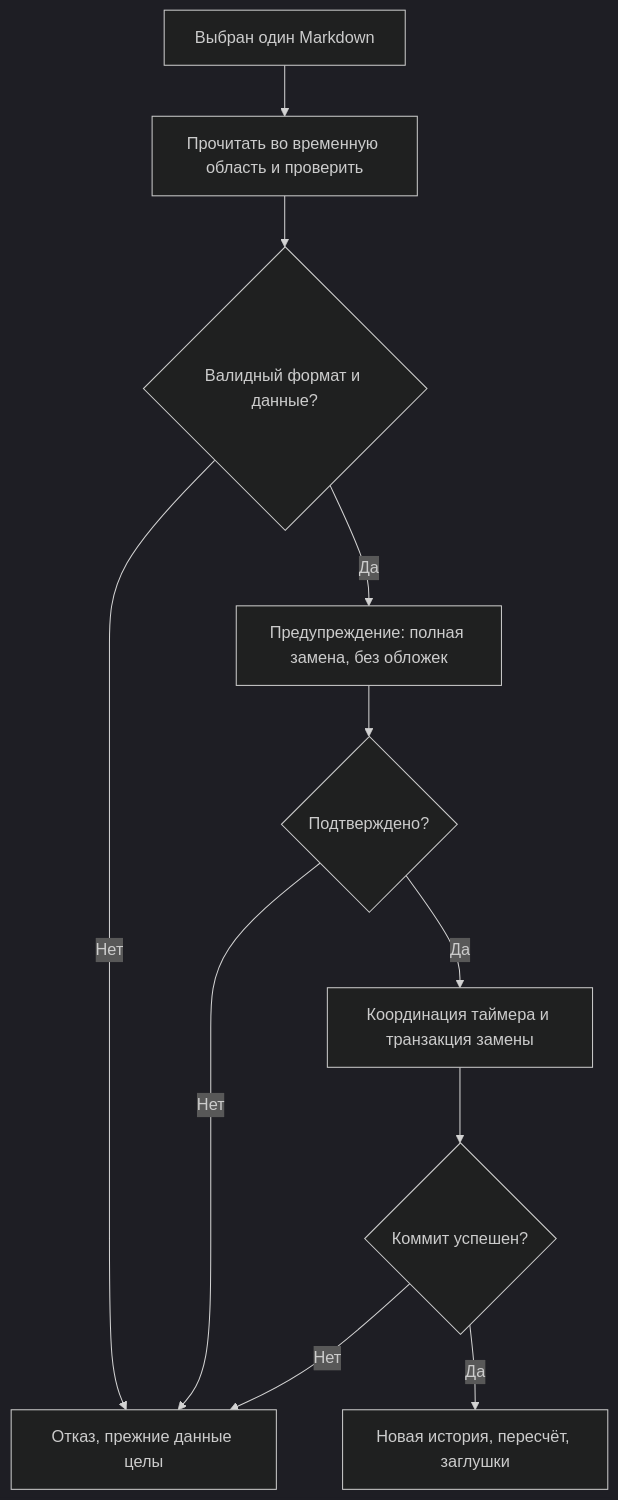
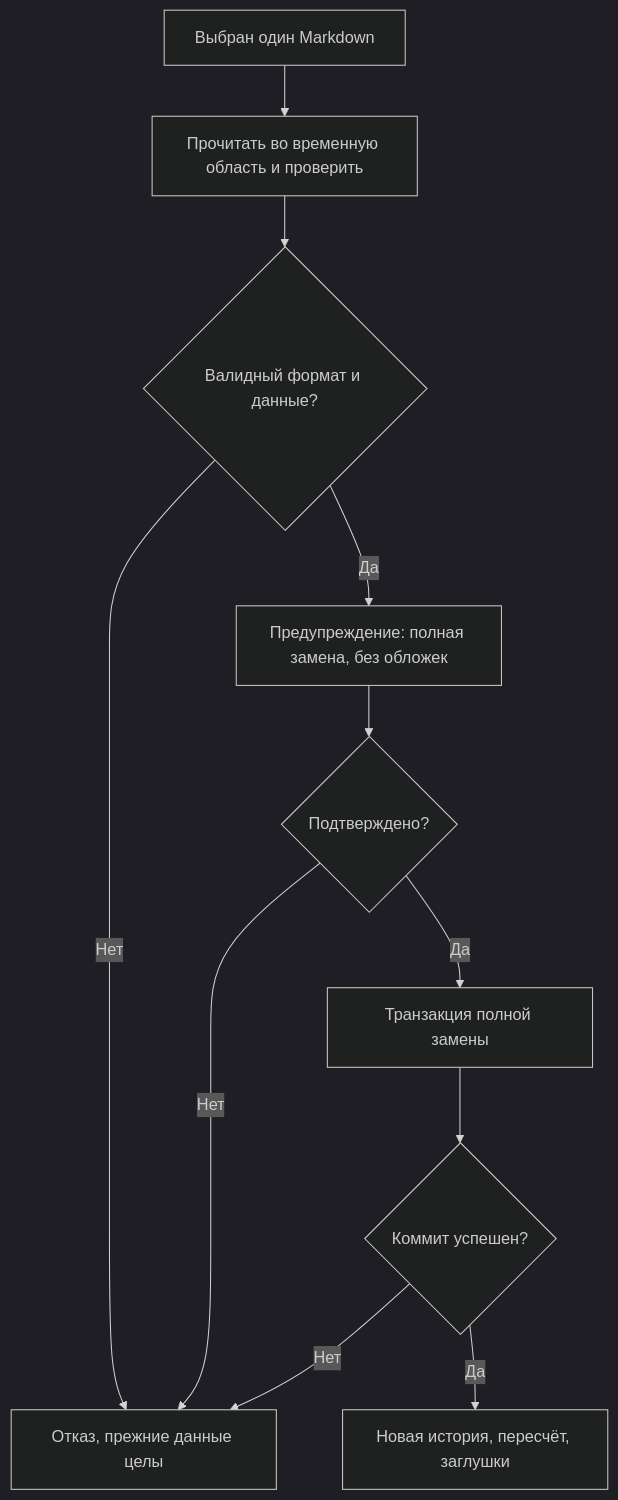
One commit to GlebSkorobogatov/reading-journal-android-public changed the second of 2 diagrams in ARCHITECTURE.md. Above: the diagram before and after it, drawn with Mermaid (dark theme). The commit also changed other lines of this file and 37 other files, not shown here.

````diff
--- a/ARCHITECTURE.md
+++ b/ARCHITECTURE.md
@@ -287,13 +204,13 @@
 ```mermaid
 flowchart TD
     A[Выбран один Markdown] --> B[Прочитать во временную область и проверить]
     B --> C{Валидный формат и данные?}
     C -->|Нет| E[Отказ, прежние данные целы]
     C -->|Да| D[Предупреждение: полная замена, без обложек]
     D --> F{Подтверждено?}
     F -->|Нет| E
-    F -->|Да| G[Координация таймера и транзакция замены]
+    F -->|Да| G[Транзакция полной замены]
     G --> H{Коммит успешен?}
     H -->|Нет| E
     H -->|Да| I[Новая история, пересчёт, заглушки]
 ```
````
